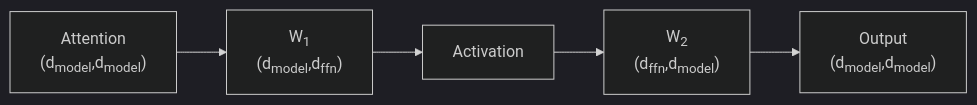
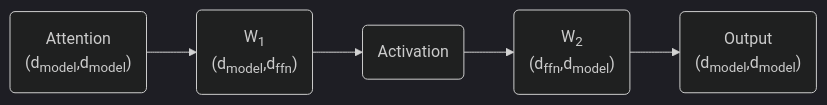
One commit to ChrisZhu2050/chriszhu2050.github.io changed the third of 16 diagrams in index.md. Above: the diagram before and after it, drawn with Mermaid (dark theme). The commit also changed other lines of this file, not shown here.

````diff
--- a/index.md
+++ b/index.md
@@ -147,10 +147,10 @@
       ```mermaid
       graph LR
-          G["`Attention
-          (d<sub>model</sub>,d<sub>model</sub>)`"]  --> 
-          A["`W<sub>1</sub>
-          (d<sub>model</sub>,d<sub>ffn</sub>)`"]  --> B["`Activation`"] --> D["`W<sub>2</sub>
+          G("`Attention
+          (d<sub>model</sub>,d<sub>model</sub>)`")  --> 
+          A("`W<sub>1</sub>
+          (d<sub>model</sub>,d<sub>ffn</sub>)`")  --> B("`Activation`") --> D("`W<sub>2</sub>
           (d<sub>ffn</sub>,d<sub>model</sub>)
-          `"] --> E["`Output
-          (d<sub>model</sub>,d<sub>model</sub>)`"]
+          `") --> E("`Output
+          (d<sub>model</sub>,d<sub>model</sub>)`")
       ```   
````
